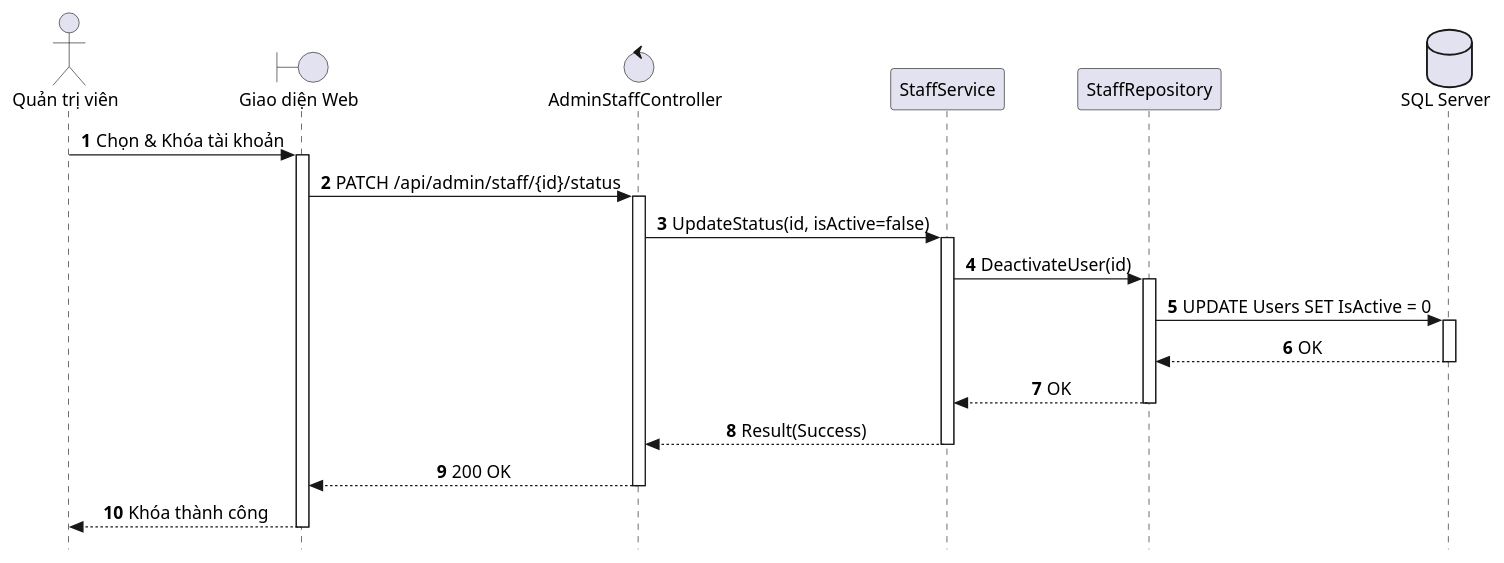
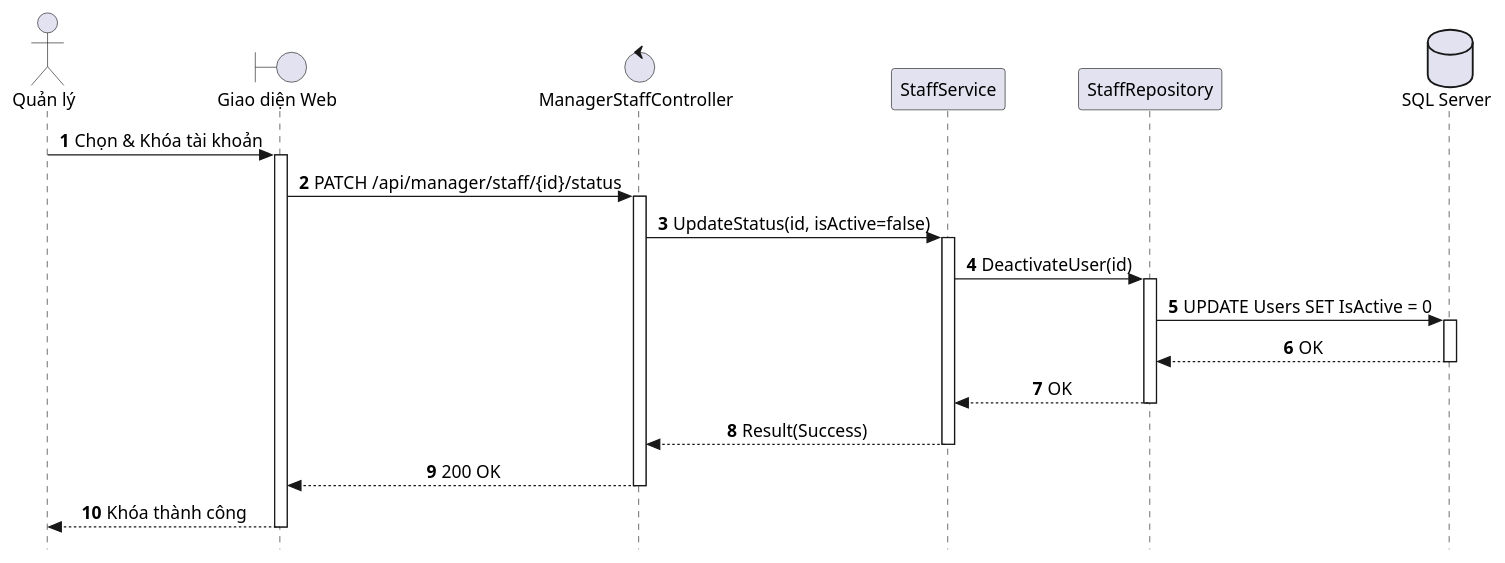
One commit to AndrewQng/VinDining changed the diagram in docs/puml/sequences/SD_UC_A4_4_Toggle_Staff_Status.puml. Above: the diagram before and after it, drawn with PlantUML. The commit also changed 179 other files, not shown here.

First line of the commit message:
docs: align diagrams with the analysis report

```diff
--- a/docs/puml/sequences/SD_UC_A4_4_Toggle_Staff_Status.puml
+++ b/docs/puml/sequences/SD_UC_A4_4_Toggle_Staff_Status.puml
@@ -1,43 +1,43 @@
 @startuml SD_UC_A4_4_Toggle_Staff_Status
 autonumber
 skinparam style strictuml
 skinparam sequenceMessageAlign center
 skinparam responseMessageBelowArrow true
 skinparam defaultFontName "Segoe UI", Arial, sans-serif
 skinparam defaultFontSize 14
 
-actor "Quản trị viên" as Admin
+actor "Quản lý" as Manager
 boundary "Giao diện Web" as UI
-control "AdminStaffController" as Controller
+control "ManagerStaffController" as Controller
 participant "StaffService" as Service
 participant "StaffRepository" as Repo
 database "SQL Server" as DB
 
-Admin -> UI: Chọn & Khóa tài khoản
+Manager -> UI: Chọn & Khóa tài khoản
 activate UI
 
-UI -> Controller: PATCH /api/admin/staff/{id}/status
+UI -> Controller: PATCH /api/manager/staff/{id}/status
 activate Controller
 
 Controller -> Service: UpdateStatus(id, isActive=false)
 activate Service
 
 Service -> Repo: DeactivateUser(id)
 activate Repo
 Repo -> DB: UPDATE Users SET IsActive = 0
 activate DB
 DB --> Repo: OK
 deactivate DB
 Repo --> Service: OK
 deactivate Repo
 
 Service --> Controller: Result(Success)
 deactivate Service
 
 Controller --> UI: 200 OK
 deactivate Controller
 
-UI --> Admin: Khóa thành công
+UI --> Manager: Khóa thành công
 deactivate UI
 
 @enduml
```
